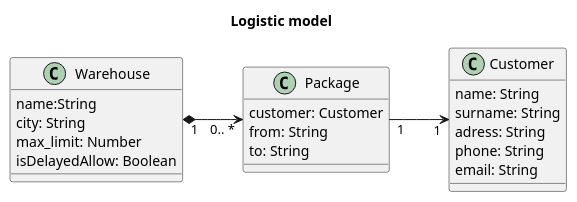
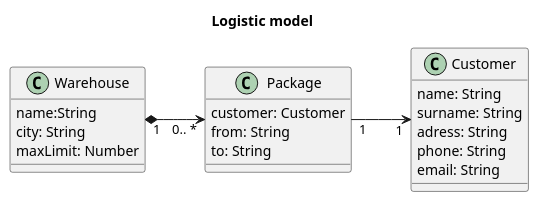
The diagram in src/models/model.pu (renzohcoronel/logistic), drawn with PlantUML before and after one commit. The commit also changed 6 other files, not shown here.

```diff
--- a/src/models/model.pu
+++ b/src/models/model.pu
@@ -1,30 +1,29 @@
 @startuml
 title Logistic model
 left to right direction
 
 class Package {
     customer: Customer
     from: String
     to: String
 }
 
 class Warehouse {
     name:String
     city: String
-    max_limit: Number
-    isDelayedAllow: Boolean
+    maxLimit: Number
 }
 
 class Customer {
 
     name: String 
     surname: String 
     adress: String 
     phone: String 
     email: String 
 }
 
 Package "1" --> "1" Customer
 Warehouse "1" *--> "0.. *" Package
 
 @enduml
```
